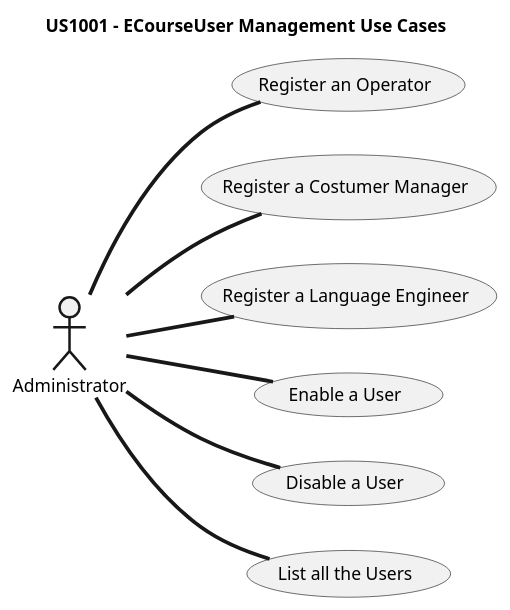
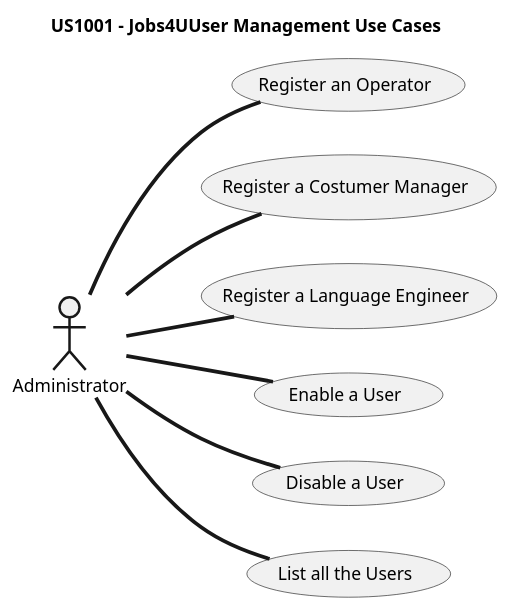
One commit to marcoferreira37/Lapr4 changed the diagram in docs/sprintB/1000/UCD/US1000_UCD.puml. Above: the diagram before and after it, drawn with PlantUML.

Commit message:
Bug Fixes

```diff
--- a/docs/sprintB/1000/UCD/US1000_UCD.puml
+++ b/docs/sprintB/1000/UCD/US1000_UCD.puml
@@ -1,26 +1,26 @@
 @startuml
 
 left to right direction
-title US1001 - ECourseUser Management Use Cases
+title US1001 - Jobs4UUser Management Use Cases
 skinparam titleBorderRoundCorner 20
 skinparam titleBorderThickness 2
 skinparam arrowThickness 3
 
 '**********Manager Use cases*************
 :Administrator: as ADM
 
 Usecase MU01 as "Register an Operator"
 Usecase MU02 as "Register a Costumer Manager"
 Usecase MU03 as "Register a Language Engineer"
 Usecase MU04 as "Enable a User"
 Usecase MU05 as "Disable a User"
 Usecase MU06 as "List all the Users"
 
 ADM -d- MU01
 ADM -d- MU02
 ADM -d- MU03
 ADM -d- MU04
 ADM -d- MU05
 ADM -d- MU06
 
 @enduml
```
